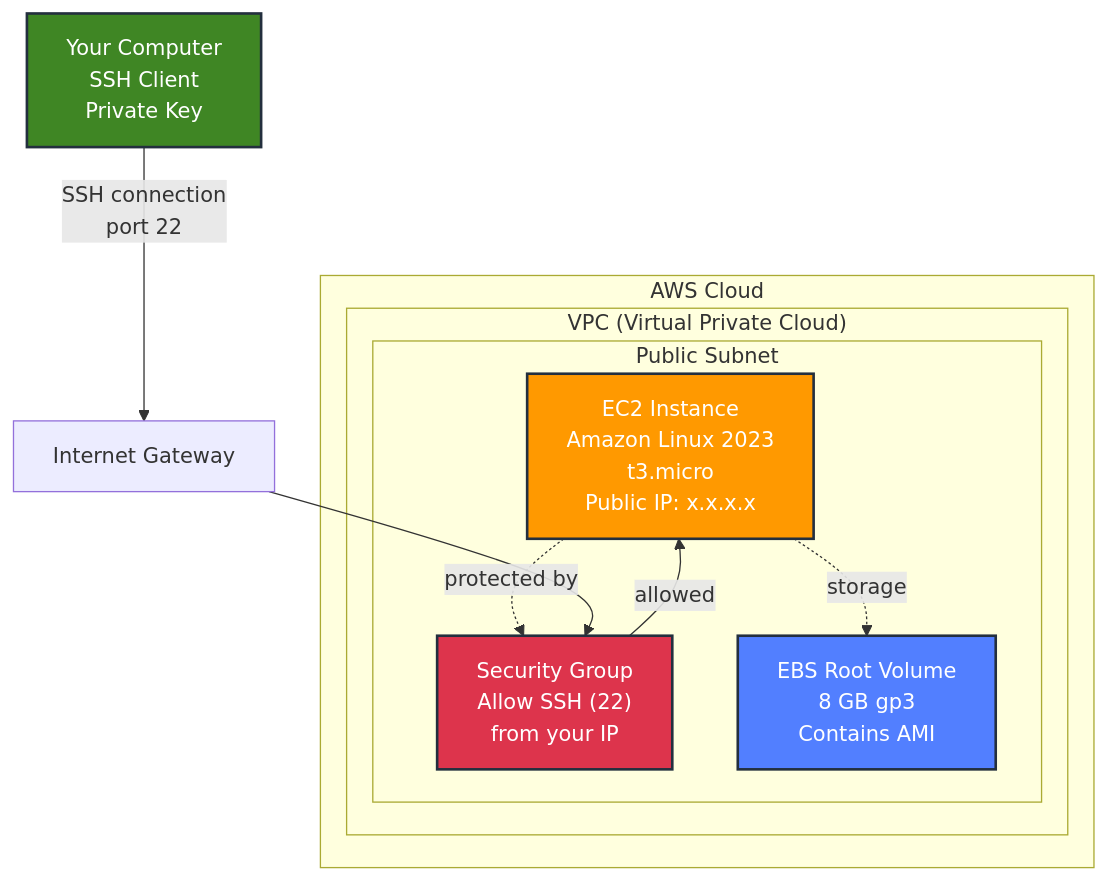
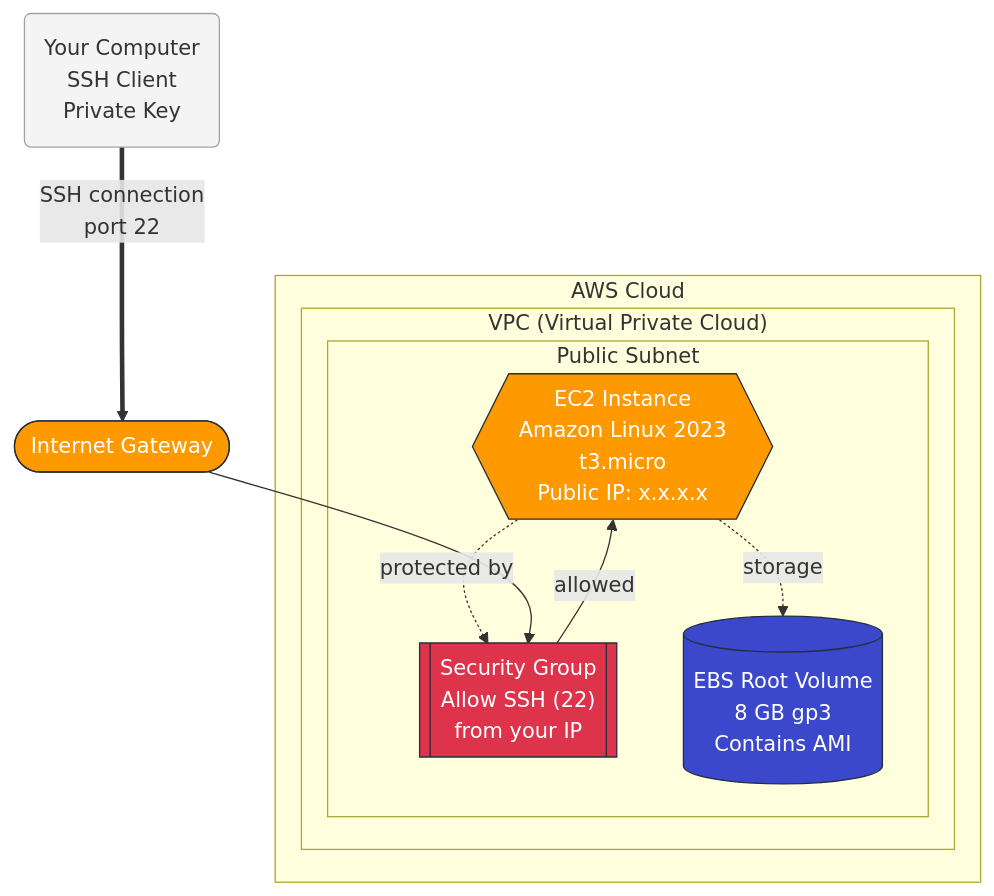
The first of 2 diagrams in 02-compute-ec2-basics/README.md (gamaware/system-design-course), drawn with Mermaid before and after one commit. The commit also changed 7 other files, not shown here.

Commit message:
feat: enhance Mermaid diagrams with semantic shapes and styling

````diff
--- a/02-compute-ec2-basics/README.md
+++ b/02-compute-ec2-basics/README.md
@@ -140,30 +140,36 @@
 ```mermaid
 graph TB
-    subgraph "AWS Cloud"
-        subgraph "VPC (Virtual Private Cloud)"
-            subgraph "Public Subnet"
-                EC2["EC2 Instance<br>Amazon Linux 2023<br>t3.micro<br>Public IP: x.x.x.x"]
-                SG["Security Group<br>Allow SSH (22)<br>from your IP"]
-                EBS["EBS Root Volume<br>8 GB gp3<br>Contains AMI"]
+    subgraph aws_cloud ["AWS Cloud"]
+        subgraph vpc ["VPC (Virtual Private Cloud)"]
+            subgraph public_subnet ["Public Subnet"]
+                EC2{{"EC2 Instance<br>Amazon Linux 2023<br>t3.micro<br>Public IP: x.x.x.x"}}
+                SG[["Security Group<br>Allow SSH (22)<br>from your IP"]]
+                EBS[("EBS Root Volume<br>8 GB gp3<br>Contains AMI")]
 
                 EC2 -.->|"protected by"| SG
                 EC2 -.->|"storage"| EBS
             end
         end
     end
 
     %% External actors
-    User["Your Computer<br>SSH Client<br>Private Key"]
-    Internet["Internet Gateway"]
+    User("Your Computer<br>SSH Client<br>Private Key")
+    Internet(["Internet Gateway"])
 
     %% Connection flow
-    User -->|"SSH connection<br>port 22"| Internet
+    User ==>|"SSH connection<br>port 22"| Internet
     Internet --> SG
     SG -->|"allowed"| EC2
 
-    %% Styling
-    style EC2 fill:#FF9900,stroke:#232F3E,stroke-width:2px,color:#fff
-    style SG fill:#DD344C,stroke:#232F3E,stroke-width:2px,color:#fff
-    style EBS fill:#527FFF,stroke:#232F3E,stroke-width:2px,color:#fff
-    style User fill:#3F8624,stroke:#232F3E,stroke-width:2px,color:#fff
+    %% Class definitions
+    classDef aws fill:#ff9900,stroke:#232f3e,color:#fff
+    classDef security fill:#DD344C,stroke:#232f3e,color:#fff
+    classDef db fill:#3b48cc,stroke:#232f3e,color:#fff
+    classDef user fill:#f4f4f5,stroke:#a1a1aa
+
+    class EC2 aws
+    class SG security
+    class EBS db
+    class User user
+    class Internet aws
 ```
````
